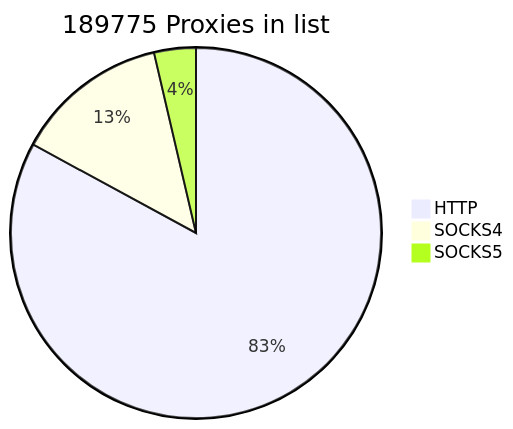
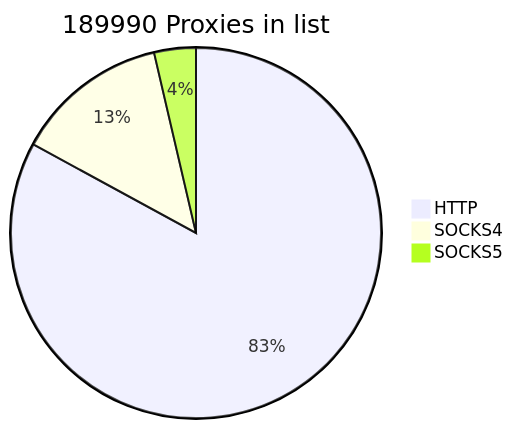
The first of 2 diagrams in README.md (cutipu/proxylist), drawn with Mermaid before and after one commit. The commit also changed other lines of this file, not shown here.

````diff
--- a/README.md
+++ b/README.md
@@ -2,7 +2,7 @@
 ```mermaid
-pie title 189775 Proxies in list
-    "HTTP" : 157363
+pie title 189990 Proxies in list
+    "HTTP" : 157578
     "SOCKS4" : 25497
     "SOCKS5" : 6915
             
 ```
````
